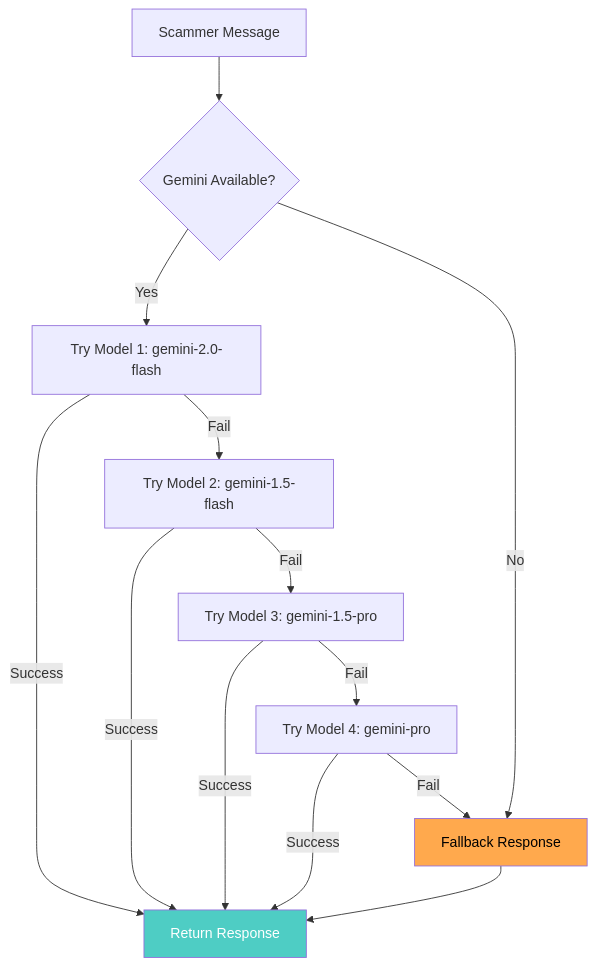
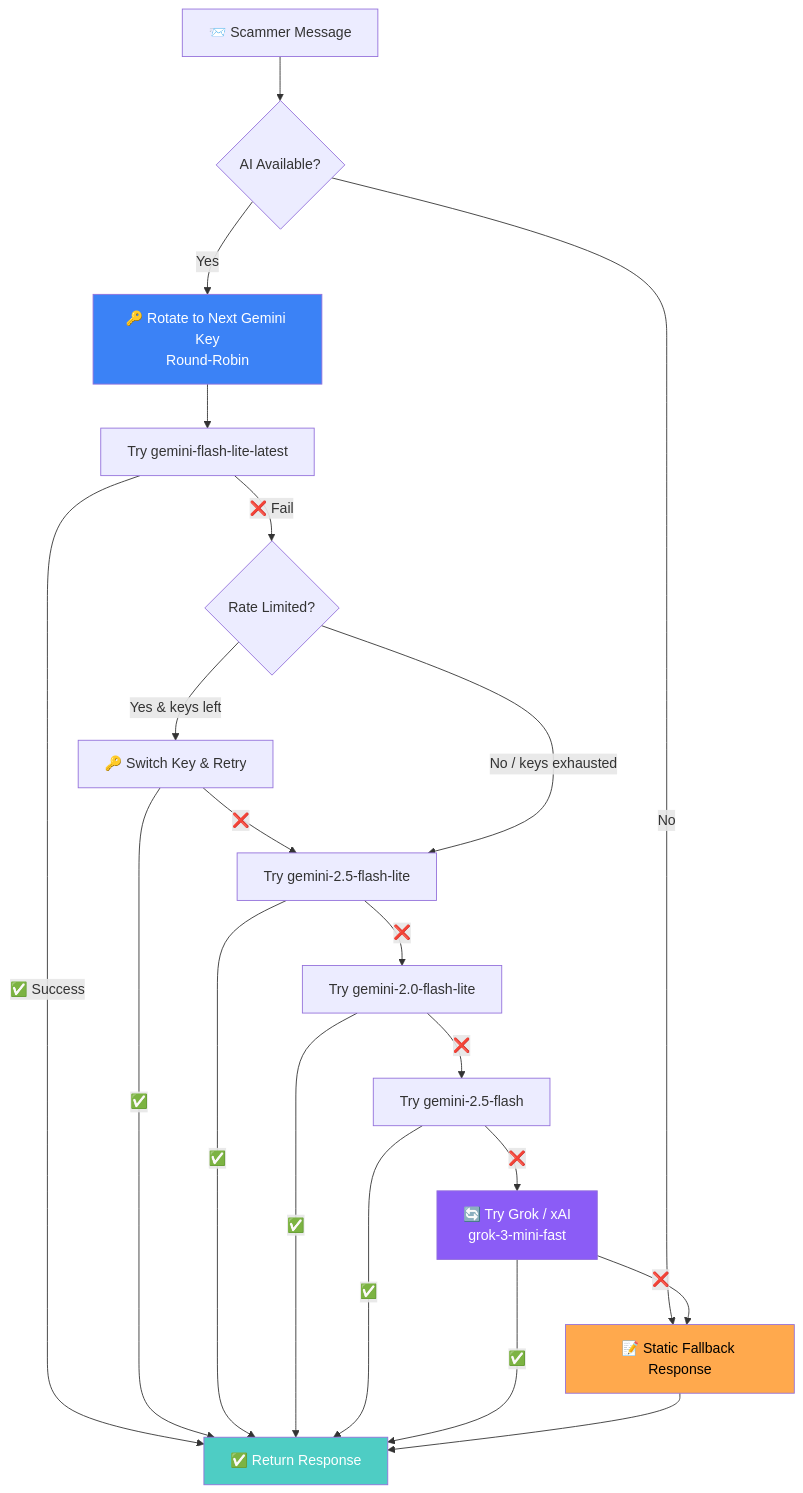
The fifth of 6 diagrams in README.md (kvpradeep279/Agentic-Honey-Pot-for-Scam-Detection-Intelligence-Extraction), drawn with Mermaid before and after one commit. The commit also changed other lines of this file and 8 other files, not shown here.

First line of the commit message:
feat: Multi-key Gemini rotation + Grok fallback + testing suite

````diff
--- a/README.md
+++ b/README.md
@@ -565,18 +569,30 @@
 ```mermaid
 flowchart TD
-    A[Scammer Message] --> B{Gemini Available?}
-    B -->|Yes| C[Try Model 1: gemini-2.0-flash]
-    B -->|No| G[Fallback Response]
-    C -->|Success| H[Return Response]
-    C -->|Fail| D[Try Model 2: gemini-1.5-flash]
-    D -->|Success| H
-    D -->|Fail| E[Try Model 3: gemini-1.5-pro]
-    E -->|Success| H
-    E -->|Fail| F[Try Model 4: gemini-pro]
-    F -->|Success| H
-    F -->|Fail| G
-    G --> H
+    A[📨 Scammer Message] --> B{AI Available?}
+    B -->|No| STATIC[📝 Static Fallback Response]
+    B -->|Yes| RR[🔑 Rotate to Next Gemini Key<br/>Round-Robin]
+    
+    RR --> M1[Try gemini-flash-lite-latest]
+    M1 -->|✅ Success| H[✅ Return Response]
+    M1 -->|❌ Fail| M1R{Rate Limited?}
+    M1R -->|Yes & keys left| SWAP1[🔑 Switch Key & Retry]
+    SWAP1 -->|✅| H
+    SWAP1 -->|❌| M2
+    M1R -->|No / keys exhausted| M2[Try gemini-2.5-flash-lite]
+    
+    M2 -->|✅| H
+    M2 -->|❌| M3[Try gemini-2.0-flash-lite]
+    M3 -->|✅| H
+    M3 -->|❌| M4[Try gemini-2.5-flash]
+    M4 -->|✅| H
+    M4 -->|❌| GROK
+    
+    GROK[🔄 Try Grok / xAI<br/>grok-3-mini-fast] -->|✅| H
+    GROK -->|❌| STATIC
+    STATIC --> H
     
     style H fill:#4ecdc4,color:#fff
-    style G fill:#ffa94d,color:#000
+    style GROK fill:#8b5cf6,color:#fff
+    style STATIC fill:#ffa94d,color:#000
+    style RR fill:#3b82f6,color:#fff
 ```
````
